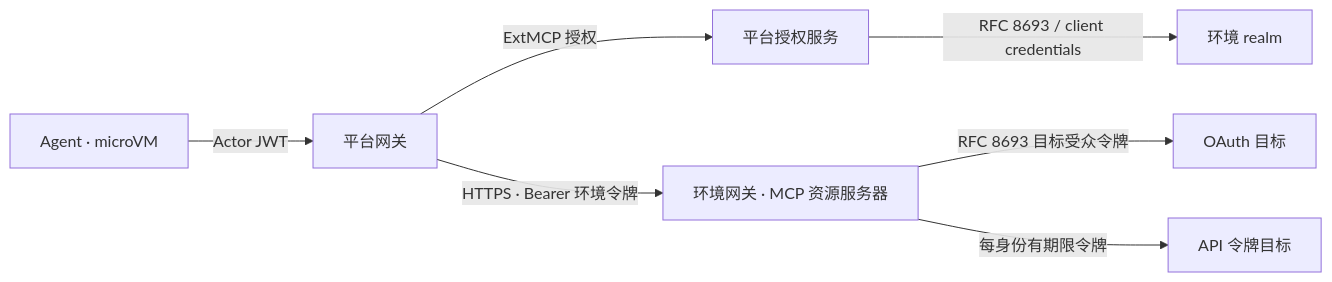
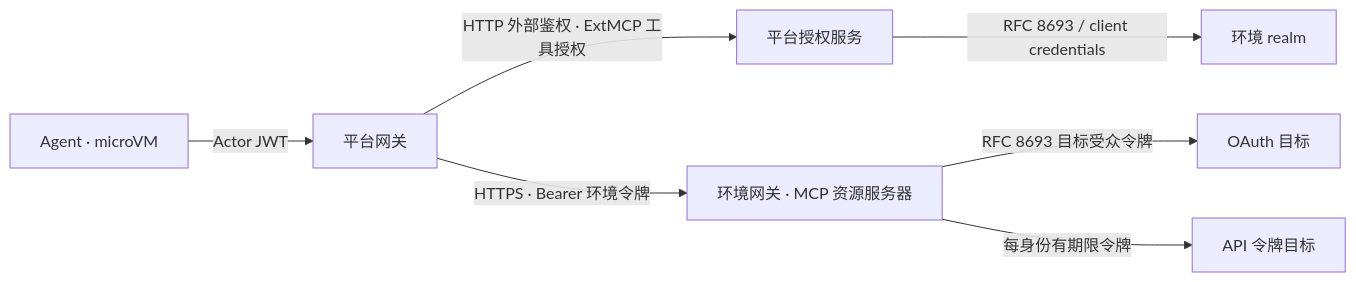
Before and after one commit to pood1e/agentos-platform: the diagram in refactor.md, drawn with Mermaid. The commit also changed other lines of this file and 13 other files, not shown here.

Commit message:
fix: authenticate every upstream MCP transport request with native HTTP ext auth

````diff
--- a/refactor.md
+++ b/refactor.md
@@ -21,9 +21,9 @@
 ```mermaid
 flowchart LR
     Agent[Agent · microVM] -->|Actor JWT| PG[平台网关]
-    PG -->|ExtMCP 授权| Auth[平台授权服务]
+    PG -->|HTTP 外部鉴权 · ExtMCP 工具授权| Auth[平台授权服务]
     Auth -->|RFC 8693 / client credentials| IdP[环境 realm]
     PG -->|HTTPS · Bearer 环境令牌| EG[环境网关 · MCP 资源服务器]
     EG -->|RFC 8693 目标受众令牌| OAuth[OAuth 目标]
     EG -->|每身份有期限令牌| Token[API 令牌目标]
 ```
````
